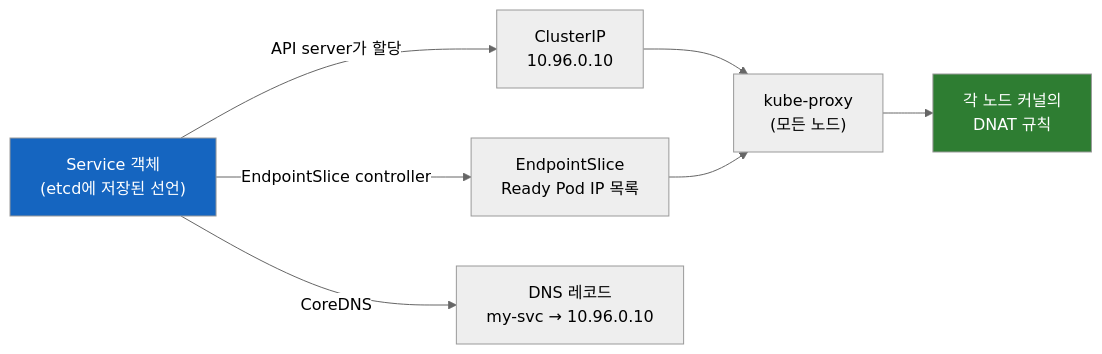
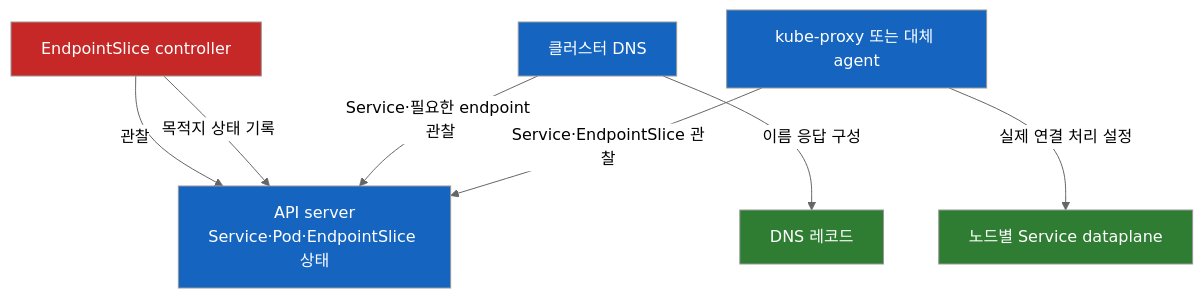
The second of 3 diagrams in kubernetes/Kubernetes-Service-Internals.md (sskim91/TIL), drawn with Mermaid (neutral theme) before and after one commit. The commit also changed other lines of this file and 39 other files, not shown here.

````diff
--- a/kubernetes/Kubernetes-Service-Internals.md
+++ b/kubernetes/Kubernetes-Service-Internals.md
@@ -19,13 +141,16 @@
 ```mermaid
-flowchart LR
-    SVC["Service 객체<br>(etcd에 저장된 선언)"]
-    SVC -->|"API server가 할당"| VIP["ClusterIP<br>10.96.0.10"]
-    SVC -->|"EndpointSlice controller"| EPS["EndpointSlice<br>Ready Pod IP 목록"]
-    SVC -->|"CoreDNS"| DNS["DNS 레코드<br>my-svc → 10.96.0.10"]
-    VIP --> KP["kube-proxy<br>(모든 노드)"]
-    EPS --> KP
-    KP --> RULE["각 노드 커널의<br>DNAT 규칙"]
-
-    style SVC fill:#1565C0,color:#fff
-    style RULE fill:#2E7D32,color:#fff
+flowchart TB
+    API["API server<br>Service·Pod·EndpointSlice 상태"]
+    EC["EndpointSlice controller"] -->|"관찰"| API
+    EC -->|"목적지 상태 기록"| API
+    DNS["클러스터 DNS"] -->|"Service·필요한 endpoint 관찰"| API
+    KP["kube-proxy 또는 대체 agent"] -->|"Service·EndpointSlice 관찰"| API
+    DNS -->|"이름 응답 구성"| R["DNS 레코드"]
+    KP -->|"실제 연결 처리 설정"| DP["노드별 Service dataplane"]
+    style API fill:#1565C0,color:#fff
+    style EC fill:#C62828,color:#fff
+    style DNS fill:#1565C0,color:#fff
+    style KP fill:#1565C0,color:#fff
+    style R fill:#2E7D32,color:#fff
+    style DP fill:#2E7D32,color:#fff
 ```
````
